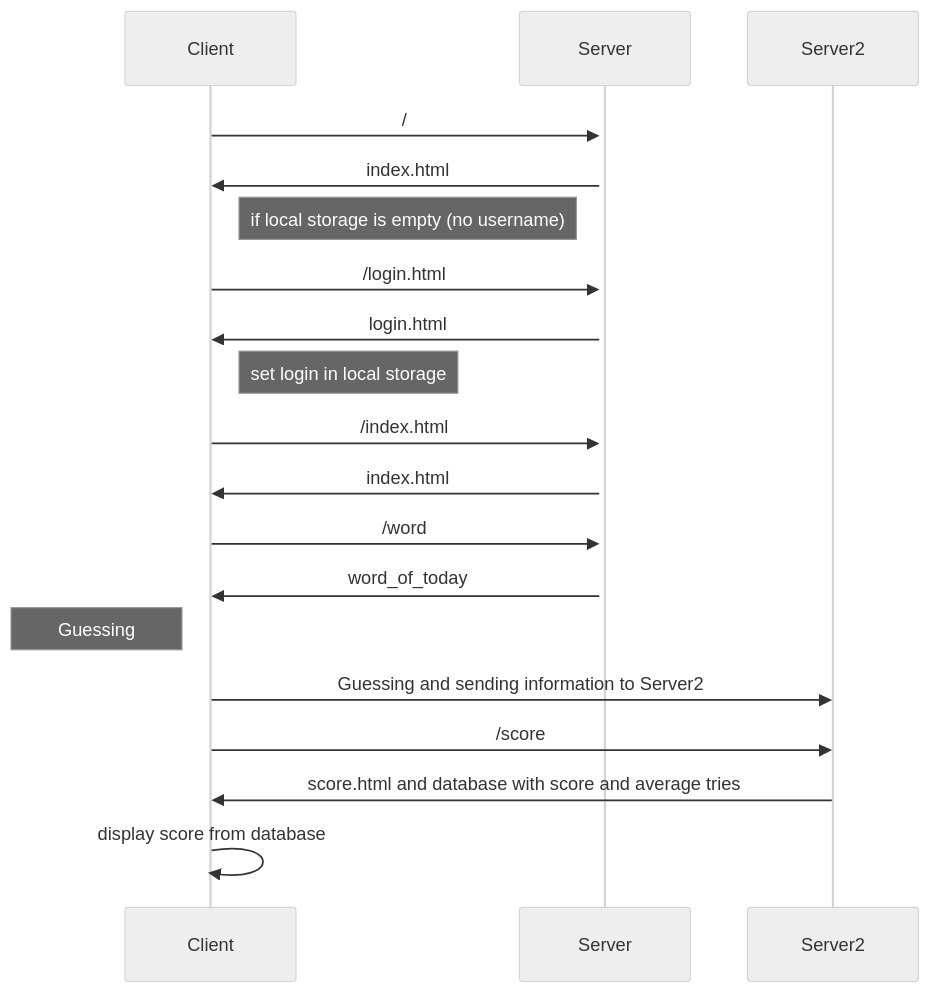
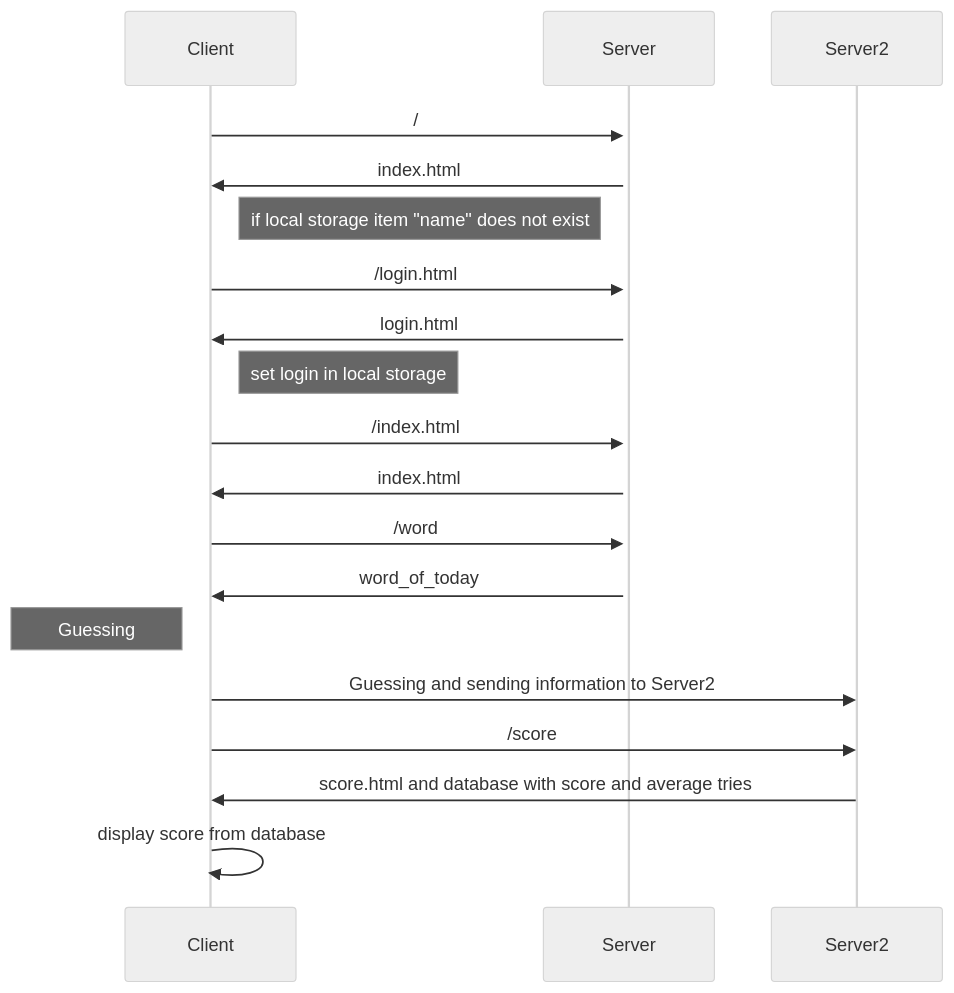
Before and after one commit to VictoriaWieca/motus_Zaafira_Victoria: the diagram in README.md, drawn with Mermaid (neutral theme).

````diff
--- a/README.md
+++ b/README.md
@@ -24,18 +24,18 @@
 ```mermaid
 sequenceDiagram
     Client->>+Server: /
     Server->>Client: index.html
-    note right of Client : if local storage is empty (no username)
+    note right of Client : if local storage item "name" does not exist
     Client->>Server: /login.html
     Server->>Client: login.html
     note right of Client : set login in local storage
     Client->>Server: /index.html
     Server->>Client: index.html
     Client->>Server: /word
     Server->>Client: word_of_today
     note left of Client: Guessing
     Client->>Server2: Guessing and sending information to Server2
     Client->>Server2: /score
     Server2->>Client: score.html and database with score and average tries
     Client->>Client: display score from database
 ```
````
